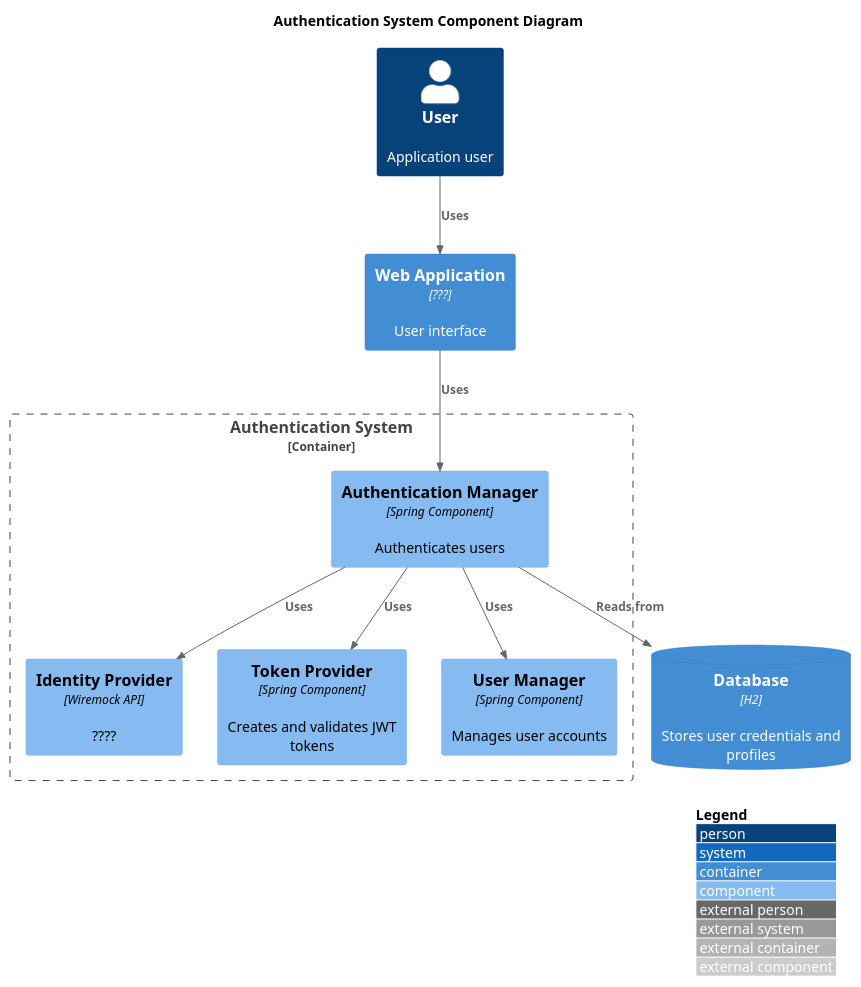
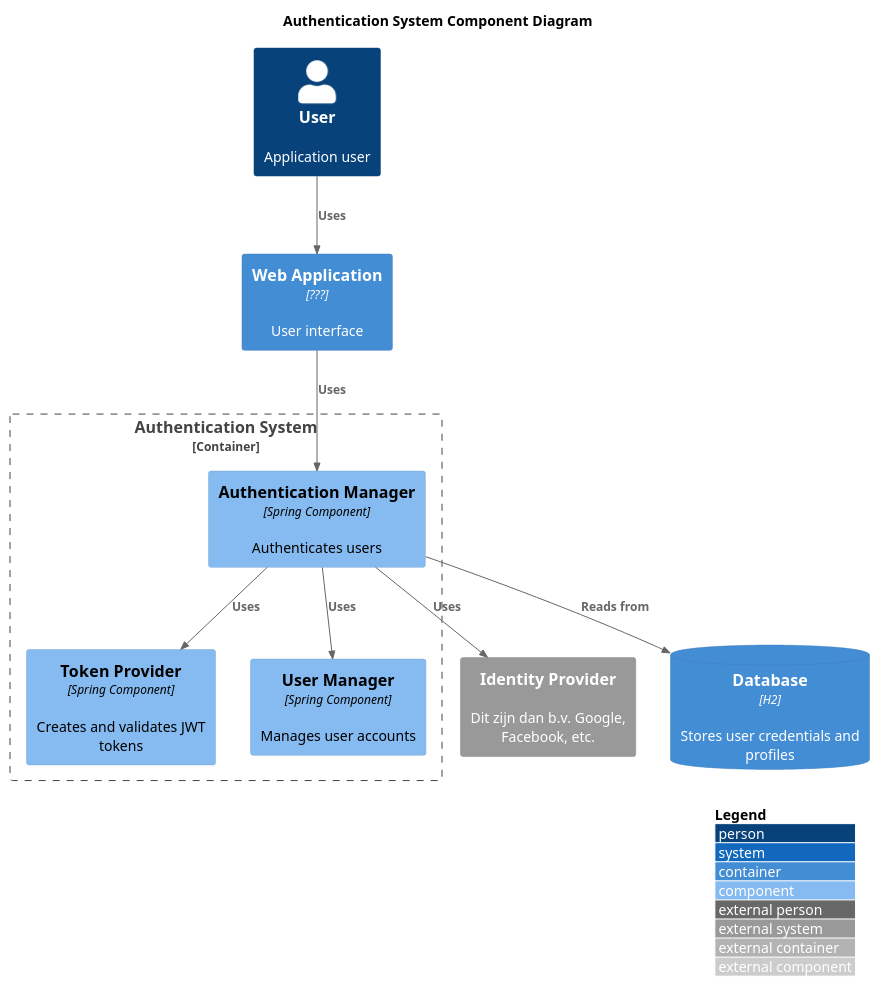
The diagram in Safa/W2L3V/Component Diagram.puml (AIM-ENE-feb25/triptop-sqr-tech), drawn with PlantUML before and after one commit.

Commit message:
Update Component Diagram.puml

```diff
--- a/Safa/W2L3V/Component Diagram.puml
+++ b/Safa/W2L3V/Component Diagram.puml
@@ -1,32 +1,34 @@
 @startuml
 
 title Component Diagram Pressure Cooker
 
 !include https://raw.githubusercontent.com/plantuml-stdlib/C4-PlantUML/master/C4_Component.puml
 
 LAYOUT_WITH_LEGEND()
 
 title Authentication System Component Diagram
 
 Person(user, "User", "Application user")
 
 Container(frontend, "Web Application", "???", "User interface")
 
 Container_Boundary(authSystem, "Authentication System") {
     Component(authManager, "Authentication Manager", "Spring Component", "Authenticates users")
-    Component(idProviderInterface, "Identity Provider", "Wiremock API", "????")
     Component(tokenProvider, "Token Provider", "Spring Component", "Creates and validates JWT tokens")
     Component(userManager, "User Manager", "Spring Component", "Manages user accounts")
 }
+
+System_Ext(idProviderInterface, "Identity Provider", "Dit zijn dan b.v. Google, Facebook, etc.")
+
 
 ContainerDb(database, "Database", "H2", "Stores user credentials and profiles")
 
 Rel(user, frontend, "Uses")
 Rel(frontend, authManager, "Uses")
 Rel(authManager, idProviderInterface, "Uses")
 Rel(authManager, tokenProvider, "Uses")
 Rel(authManager, userManager, "Uses")
 
 Rel(authManager, database, "Reads from")
 
 @enduml
```
